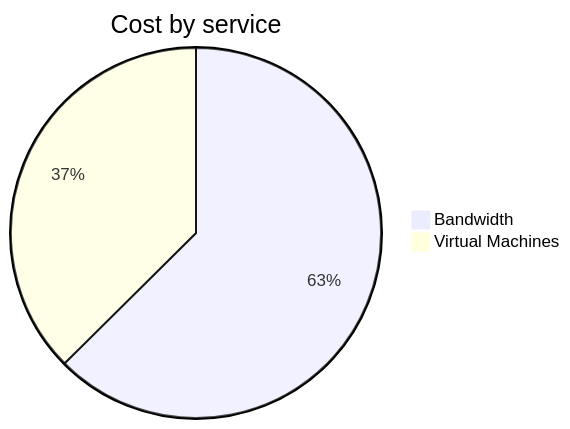
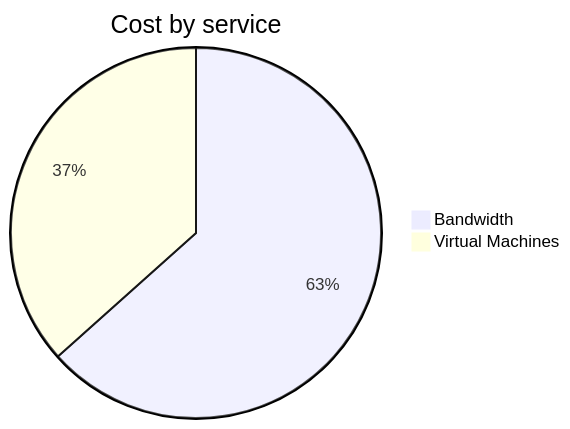
Before and after one commit to jpfulton/azure-personal-reports: the second of 4 diagrams in cost-reports/personal-network/vpn-server.md, drawn with Mermaid. The commit also changed other lines of this file and 8 other files, not shown here.

````diff
--- a/cost-reports/personal-network/vpn-server.md
+++ b/cost-reports/personal-network/vpn-server.md
@@ -96,6 +96,6 @@
 ```mermaid
 pie
    title Cost by service
-   "Bandwidth" : 1.27
-   "Virtual Machines" : 0.76
+   "Bandwidth" : 1.61
+   "Virtual Machines" : 0.93
 ```
````
